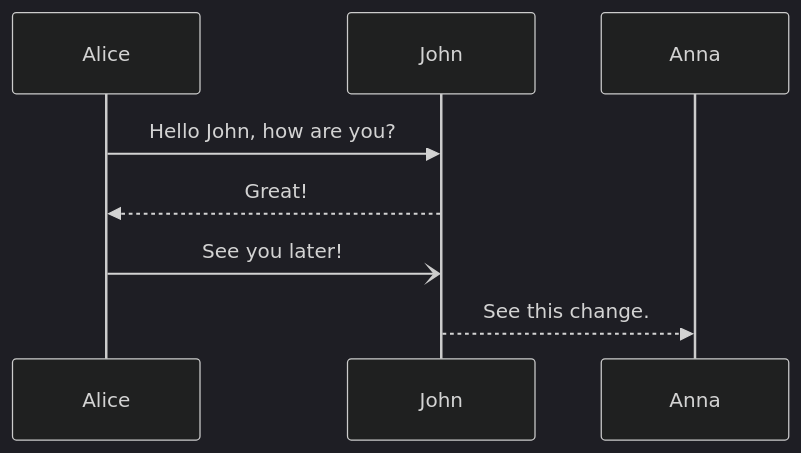
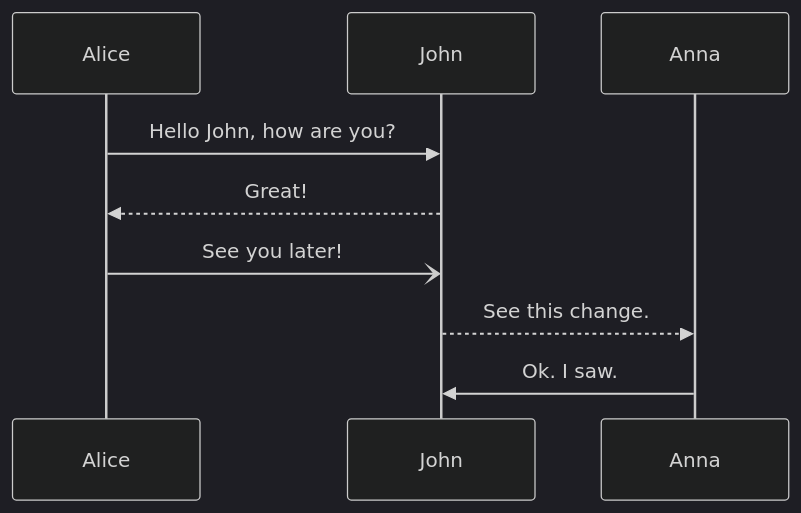
The diagram in teste.md (joaoarmenio/GQS-2023-2), drawn with Mermaid (dark theme) before and after one commit.

````diff
--- a/teste.md
+++ b/teste.md
@@ -5,7 +5,8 @@
 ```mermaid
 sequenceDiagram
     Alice->>John: Hello John, how are you?
     John-->>Alice: Great!
     Alice-)John: See you later!
     John-->>Anna: See this change.
+    Anna->>John: Ok. I saw.
 ```
````
